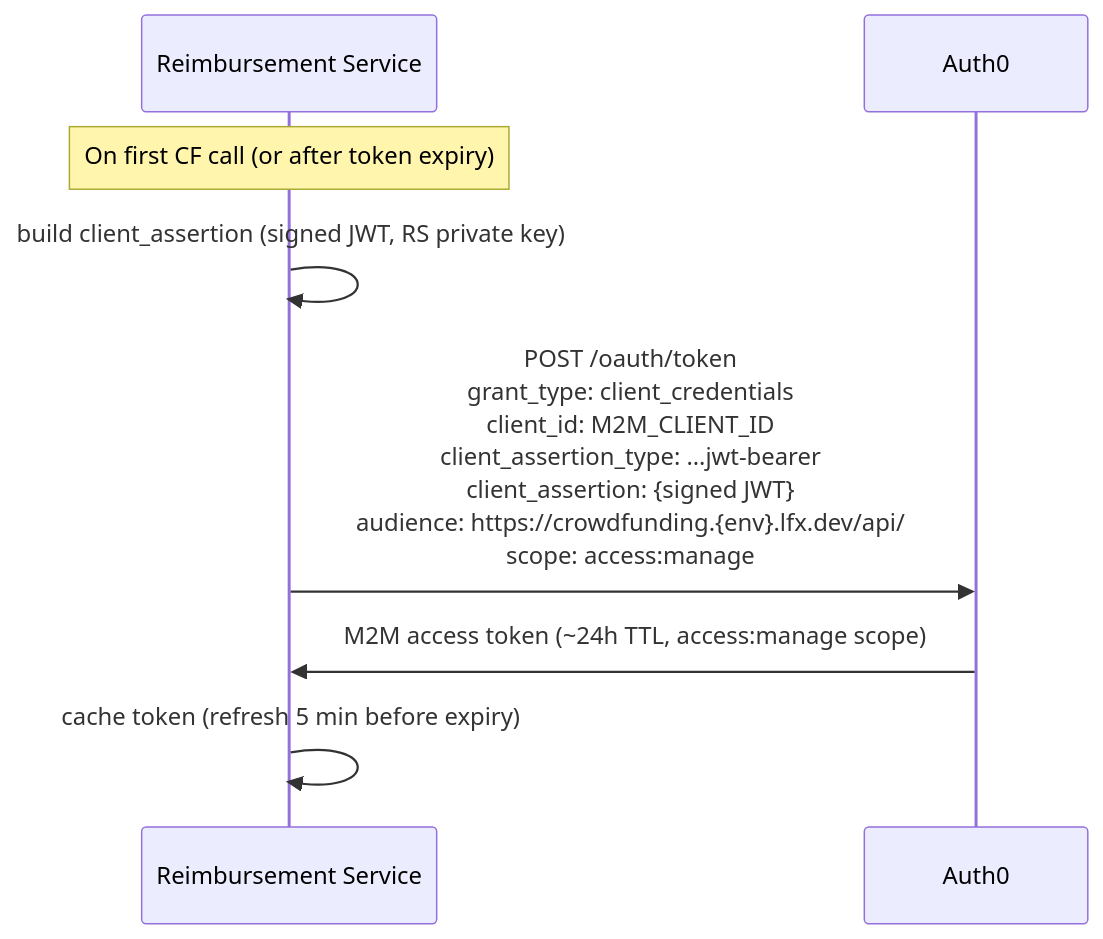
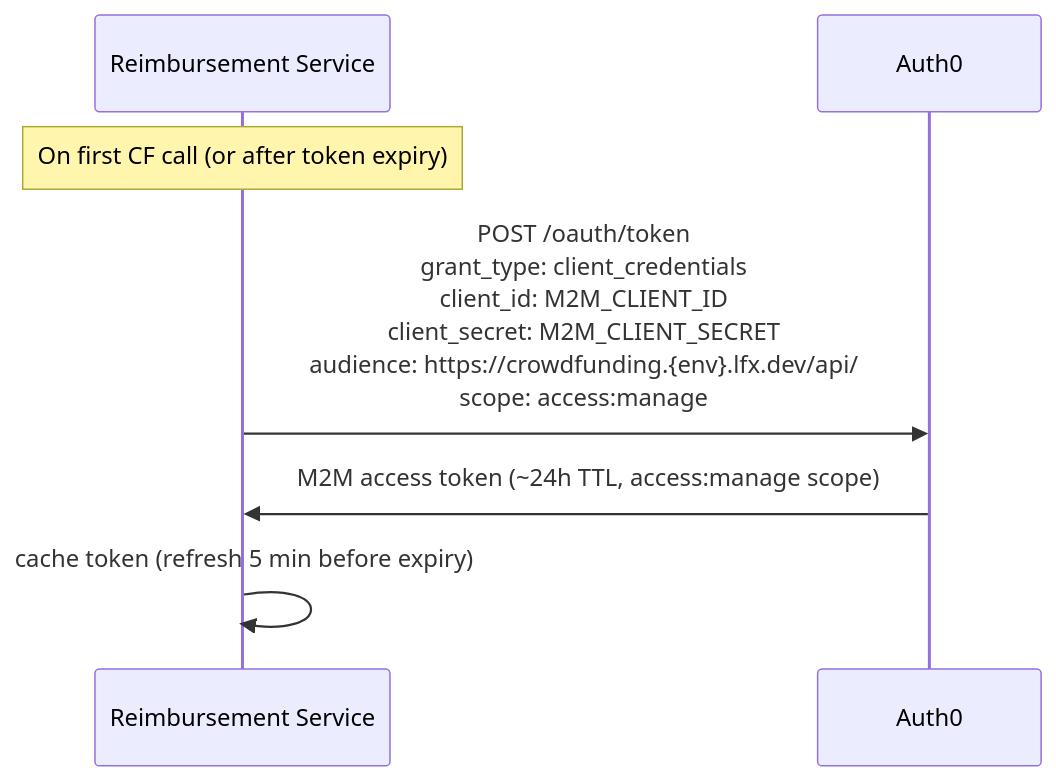
The sixth of 8 diagrams in backend/docs/rewrite/09-authentication-architecture.md (linuxfoundation/lfx-crowdfunding), drawn with Mermaid before and after one commit. The commit also changed other lines of this file, not shown here.

First line of the commit message:
docs(auth): Reimbursement M2M uses client_secret, not private-key JWT

````diff
--- a/backend/docs/rewrite/09-authentication-architecture.md
+++ b/backend/docs/rewrite/09-authentication-architecture.md
@@ -258,11 +257,10 @@
 ```mermaid
 sequenceDiagram
     participant RS as Reimbursement Service
     participant Auth0
 
     Note over RS: On first CF call (or after token expiry)
-    RS->>RS: build client_assertion (signed JWT, RS private key)
-    RS->>Auth0: POST /oauth/token<br/>grant_type: client_credentials<br/>client_id: M2M_CLIENT_ID<br/>client_assertion_type: …jwt-bearer<br/>client_assertion: {signed JWT}<br/>audience: https://crowdfunding.{env}.lfx.dev/api/<br/>scope: access:manage
+    RS->>Auth0: POST /oauth/token<br/>grant_type: client_credentials<br/>client_id: M2M_CLIENT_ID<br/>client_secret: M2M_CLIENT_SECRET<br/>audience: https://crowdfunding.{env}.lfx.dev/api/<br/>scope: access:manage
     Auth0->>RS: M2M access token (~24h TTL, access:manage scope)
     RS->>RS: cache token (refresh 5 min before expiry)
 ```
````
